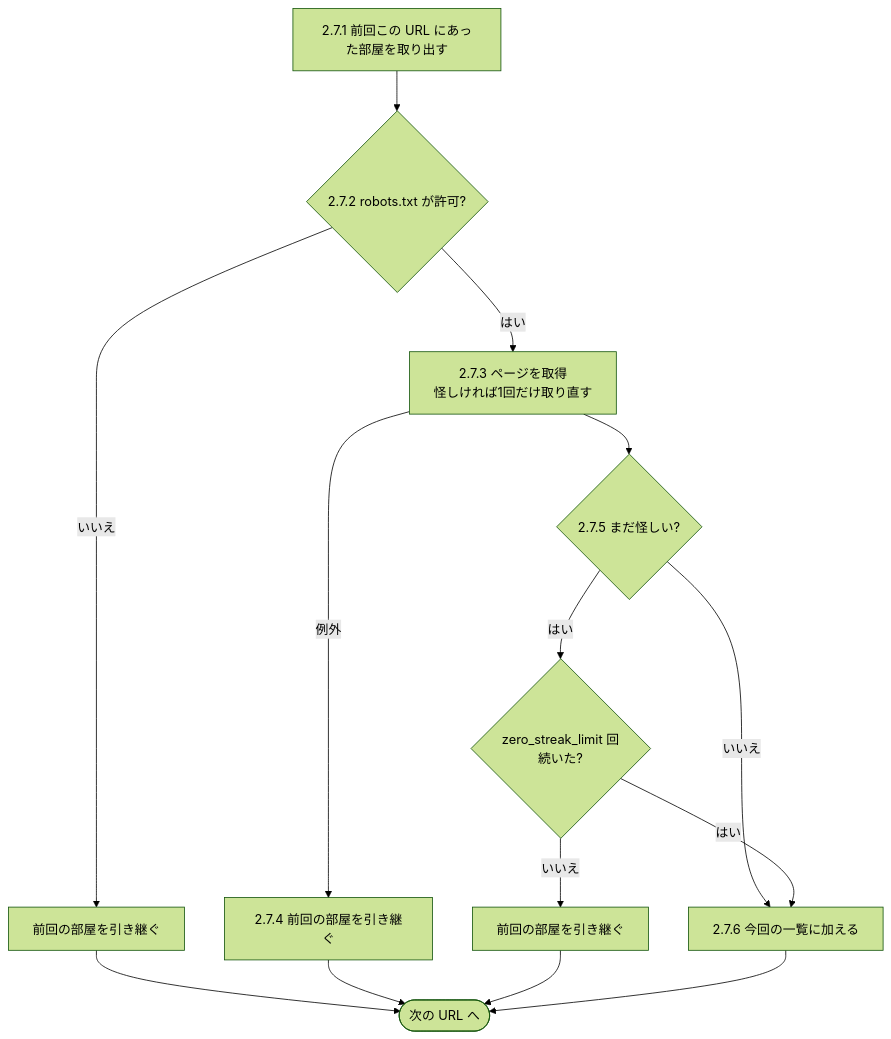
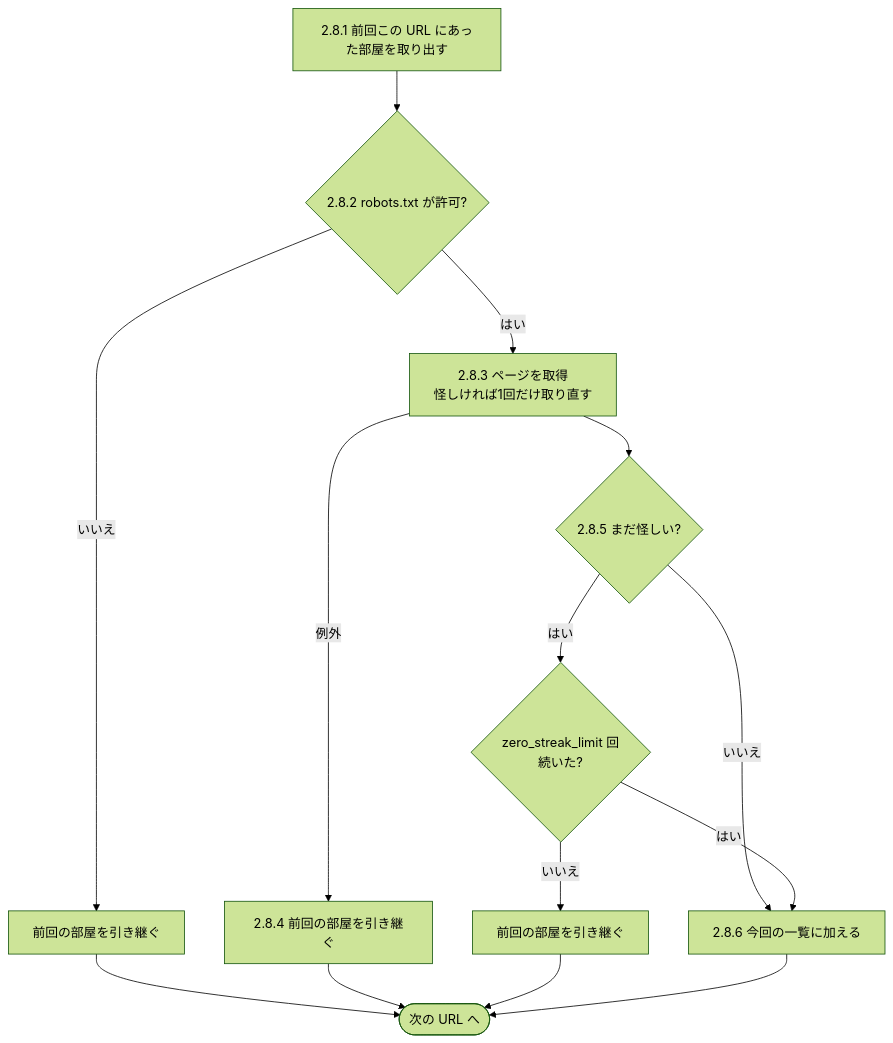
Before and after one commit to tama-create/ur-monitor: the second of 2 diagrams in FLOW.md, drawn with Mermaid (forest theme). The commit also changed other lines of this file and 8 other files, not shown here.

````diff
--- a/FLOW.md
+++ b/FLOW.md
@@ -83,16 +91,16 @@
 ```mermaid
 flowchart TD
-    A["2.7.1 前回この URL にあった部屋を取り出す"] --> B{"2.7.2 robots.txt が許可?"}
+    A["2.8.1 前回この URL にあった部屋を取り出す"] --> B{"2.8.2 robots.txt が許可?"}
     B -- いいえ --> P["前回の部屋を引き継ぐ"]
-    B -- はい --> C["2.7.3 ページを取得<br>怪しければ1回だけ取り直す"]
-    C -- 例外 --> P2["2.7.4 前回の部屋を引き継ぐ"]
-    C --> D{"2.7.5 まだ怪しい?"}
-    D -- いいえ --> OK["2.7.6 今回の一覧に加える"]
+    B -- はい --> C["2.8.3 ページを取得<br>怪しければ1回だけ取り直す"]
+    C -- 例外 --> P2["2.8.4 前回の部屋を引き継ぐ"]
+    C --> D{"2.8.5 まだ怪しい?"}
+    D -- いいえ --> OK["2.8.6 今回の一覧に加える"]
     D -- はい --> G{"zero_streak_limit 回<br>続いた?"}
     G -- いいえ --> P3["前回の部屋を引き継ぐ"]
     G -- はい --> OK
     P --> NEXT([次の URL へ])
     P2 --> NEXT
     P3 --> NEXT
     OK --> NEXT
 ```
````
